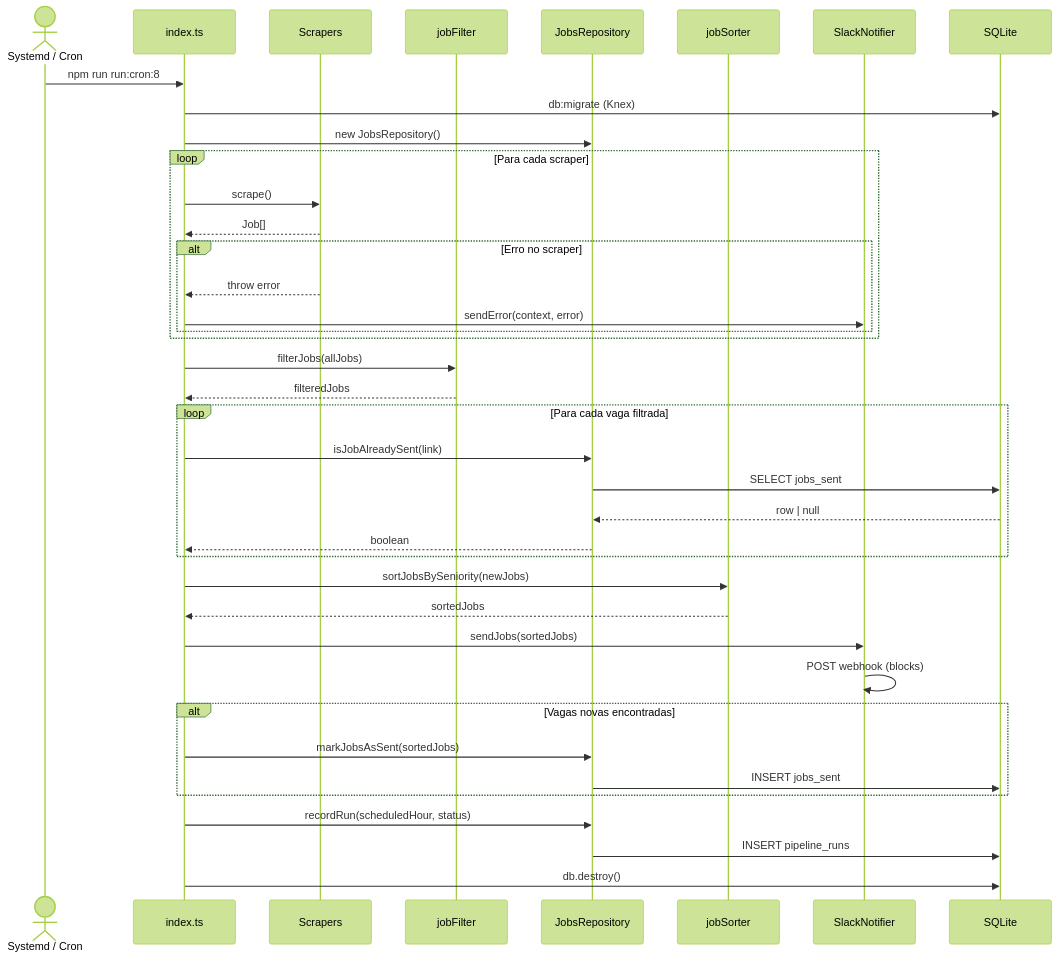
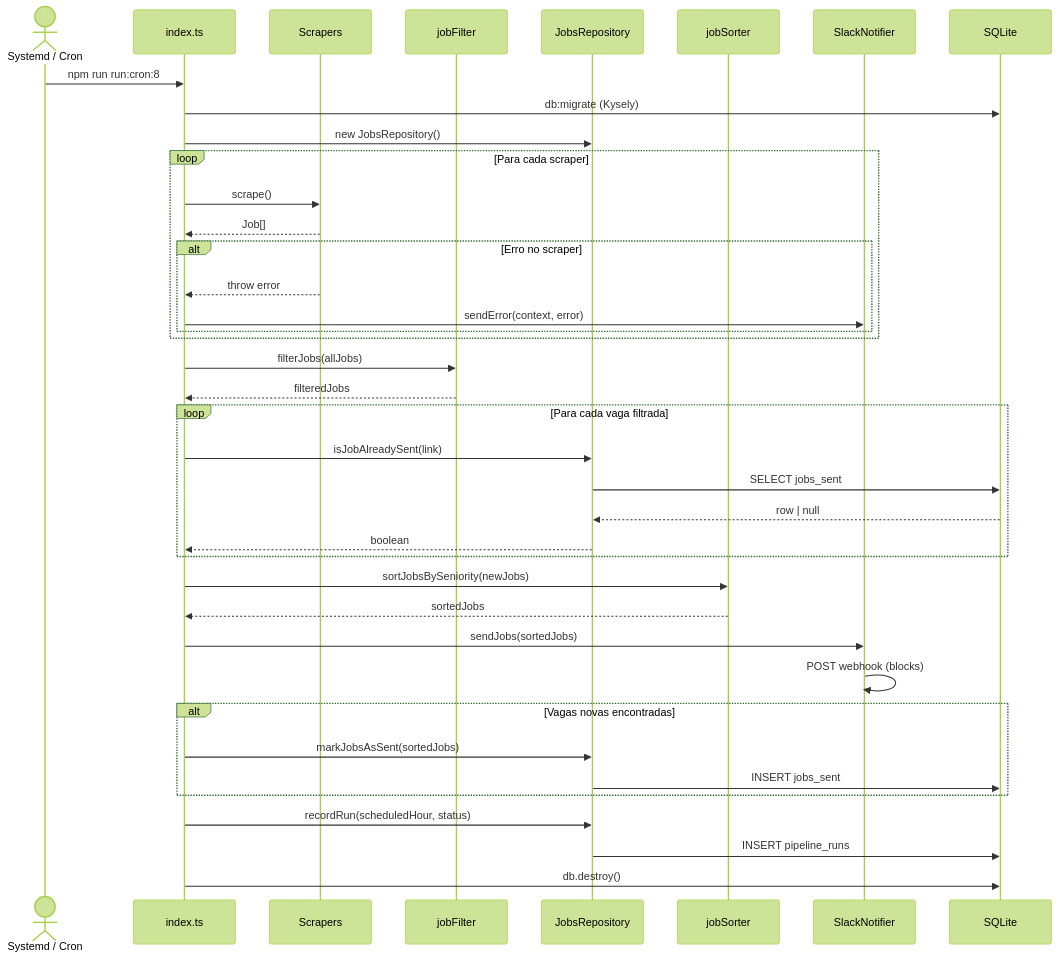
The second of 2 diagrams in README.md (jonatasbueno/web-crawler-para-buscar-vagas-de-dev), drawn with Mermaid (forest theme) before and after one commit. The commit also changed other lines of this file and 12 other files, not shown here.

Commit message:
Refactor database layer to use Kysely: replaced Knex.js with Kysely for type-safe queries, added migration runner, and defined database schema. Updated JobsRepository to utilize new database methods and adjusted tests accordingly. Removed Knex-related files and dependencies.

````diff
--- a/README.md
+++ b/README.md
@@ -112,49 +117,49 @@
 ```mermaid
 sequenceDiagram
     actor Scheduler as Systemd / Cron
     participant CLI as index.ts
     participant Scrapers as Scrapers
     participant Filter as jobFilter
     participant Repo as JobsRepository
     participant Sorter as jobSorter
     participant Slack as SlackNotifier
     participant DB as SQLite
 
     Scheduler->>CLI: npm run run:cron:8
-    CLI->>DB: db:migrate (Knex)
+    CLI->>DB: db:migrate (Kysely)
     CLI->>Repo: new JobsRepository()
 
     loop Para cada scraper
         CLI->>Scrapers: scrape()
         Scrapers-->>CLI: Job[]
         alt Erro no scraper
             Scrapers-->>CLI: throw error
             CLI->>Slack: sendError(context, error)
         end
     end
 
     CLI->>Filter: filterJobs(allJobs)
     Filter-->>CLI: filteredJobs
 
     loop Para cada vaga filtrada
         CLI->>Repo: isJobAlreadySent(link)
         Repo->>DB: SELECT jobs_sent
         DB-->>Repo: row | null
         Repo-->>CLI: boolean
     end
 
     CLI->>Sorter: sortJobsBySeniority(newJobs)
     Sorter-->>CLI: sortedJobs
 
     CLI->>Slack: sendJobs(sortedJobs)
     Slack->>Slack: POST webhook (blocks)
 
     alt Vagas novas encontradas
         CLI->>Repo: markJobsAsSent(sortedJobs)
         Repo->>DB: INSERT jobs_sent
     end
 
     CLI->>Repo: recordRun(scheduledHour, status)
     Repo->>DB: INSERT pipeline_runs
     CLI->>DB: db.destroy()
 ```
````
